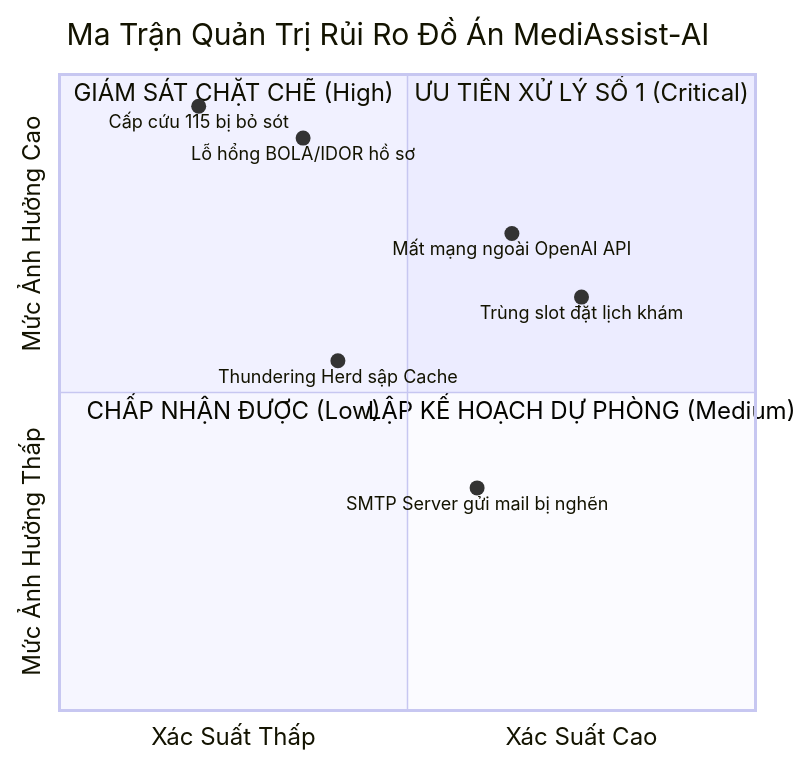
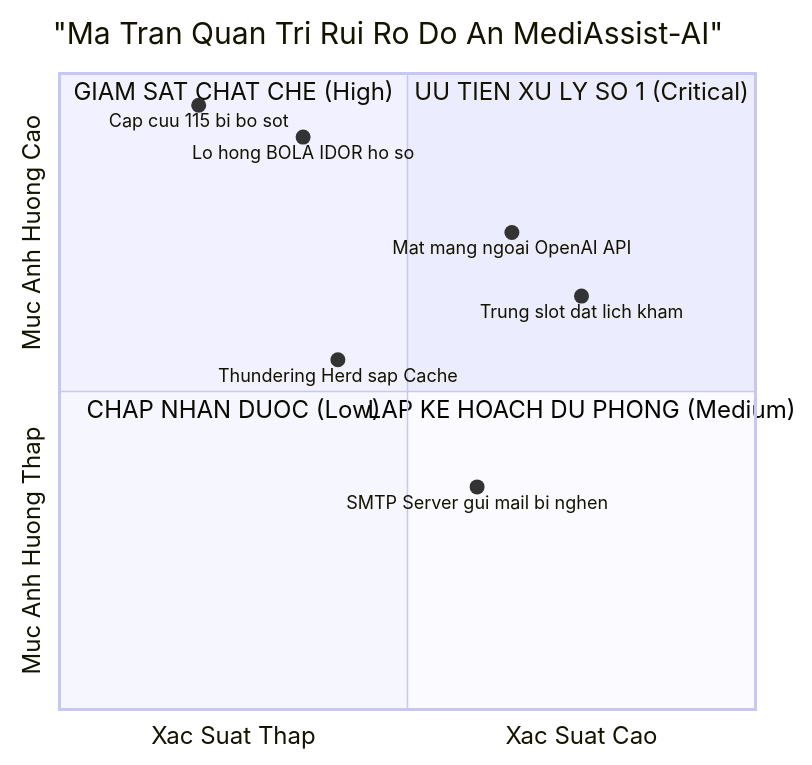
Before and after one commit to vinhhotff/KLTN-medical-assistant: the fourth of 5 diagrams in docs/PROJECT_CHARTER_AND_PLAN.md, drawn with Mermaid. The commit also changed 23 other files, not shown here.

First line of the commit message:
feat(export): integrate automated pandoc + mermaid-filter pipeline to pre-render diagrams into DOCX and PDF

````diff
--- a/docs/PROJECT_CHARTER_AND_PLAN.md
+++ b/docs/PROJECT_CHARTER_AND_PLAN.md
@@ -273,16 +273,16 @@
 ```mermaid
 quadrantChart
-    title Ma Trận Quản Trị Rủi Ro Đồ Án MediAssist-AI
-    x-axis Xác Suất Thấp --> Xác Suất Cao
-    y-axis Mức Ảnh Hưởng Thấp --> Mức Ảnh Hưởng Cao
-    quadrant-1 "ƯU TIÊN XỬ LÝ SỐ 1 (Critical)"
-    quadrant-2 "GIÁM SÁT CHẶT CHẼ (High)"
-    quadrant-3 "CHẤP NHẬN ĐƯỢC (Low)"
-    quadrant-4 "LẬP KẾ HOẠCH DỰ PHÒNG (Medium)"
-    "Cấp cứu 115 bị bỏ sót": [0.2, 0.95]
-    "Lỗ hổng BOLA/IDOR hồ sơ": [0.35, 0.9]
-    "Mất mạng ngoài OpenAI API": [0.65, 0.75]
-    "Trùng slot đặt lịch khám": [0.75, 0.65]
-    "Thundering Herd sập Cache": [0.4, 0.55]
-    "SMTP Server gửi mail bị nghẽn": [0.6, 0.35]
+    title "Ma Tran Quan Tri Rui Ro Do An MediAssist-AI"
+    x-axis "Xac Suat Thap" --> "Xac Suat Cao"
+    y-axis "Muc Anh Huong Thap" --> "Muc Anh Huong Cao"
+    quadrant-1 "UU TIEN XU LY SO 1 (Critical)"
+    quadrant-2 "GIAM SAT CHAT CHE (High)"
+    quadrant-3 "CHAP NHAN DUOC (Low)"
+    quadrant-4 "LAP KE HOACH DU PHONG (Medium)"
+    "Cap cuu 115 bi bo sot": [0.2, 0.95]
+    "Lo hong BOLA IDOR ho so": [0.35, 0.9]
+    "Mat mang ngoai OpenAI API": [0.65, 0.75]
+    "Trung slot dat lich kham": [0.75, 0.65]
+    "Thundering Herd sap Cache": [0.4, 0.55]
+    "SMTP Server gui mail bi nghen": [0.6, 0.35]
 ```
````
